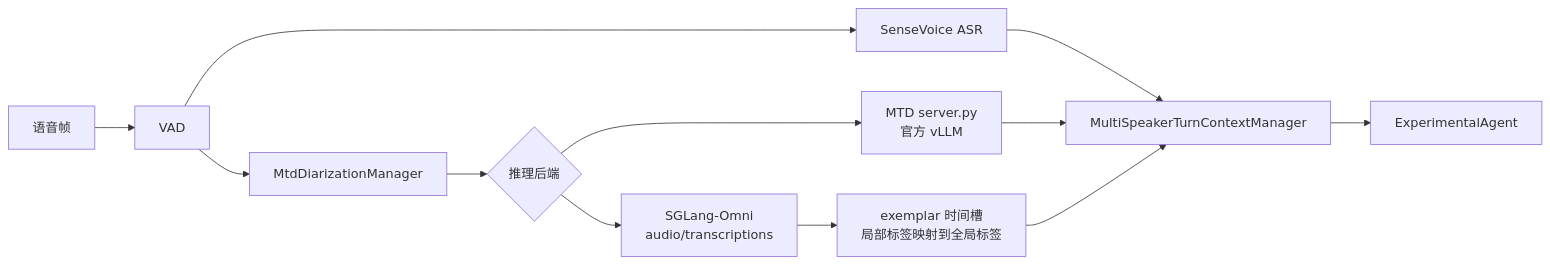
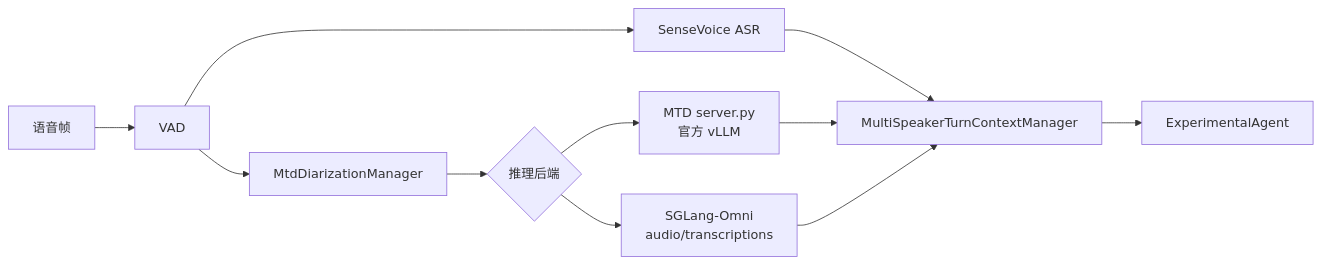
The diagram in docs/docs/mtd_multi_speaker_quickstart.zh.md (xcc-zach/xtalk), drawn with Mermaid before and after one commit. The commit also changed other lines of this file and 1 other file, not shown here.

Commit message:
docs(mtd): document fixed-prefix SGLang Omni registration

````diff
--- a/docs/docs/mtd_multi_speaker_quickstart.zh.md
+++ b/docs/docs/mtd_multi_speaker_quickstart.zh.md
@@ -5,14 +5,13 @@
 ```mermaid
 flowchart LR
     Audio[语音帧] --> VAD[VAD]
     VAD --> ASR[SenseVoice ASR]
     VAD --> MTD[MtdDiarizationManager]
     MTD --> Backend{推理后端}
     Backend --> VLLM[MTD server.py<br/>官方 vLLM]
     Backend --> SGLang[SGLang-Omni<br/>audio/transcriptions]
-    SGLang --> Map[exemplar 时间槽<br/>局部标签映射到全局标签]
     ASR --> Join[MultiSpeakerTurnContextManager]
     VLLM --> Join
-    Map --> Join
+    SGLang --> Join
     Join --> Agent[ExperimentalAgent]
 ```
````
